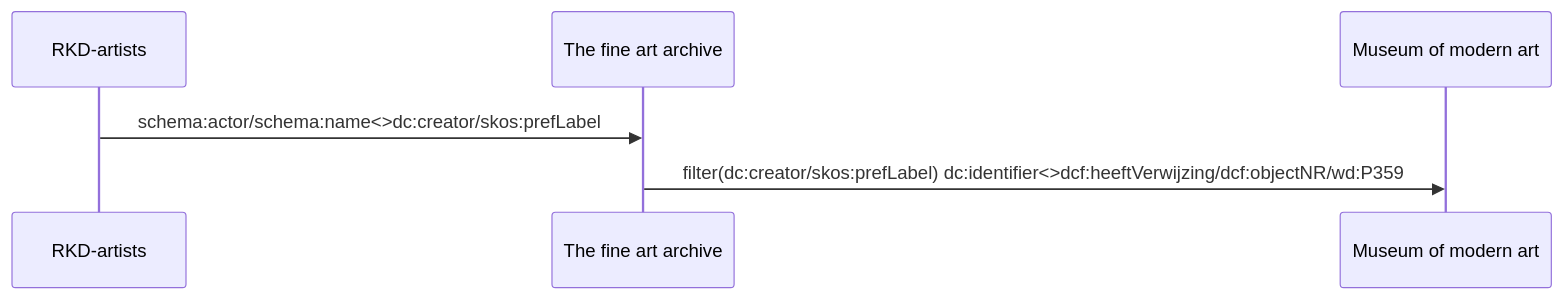
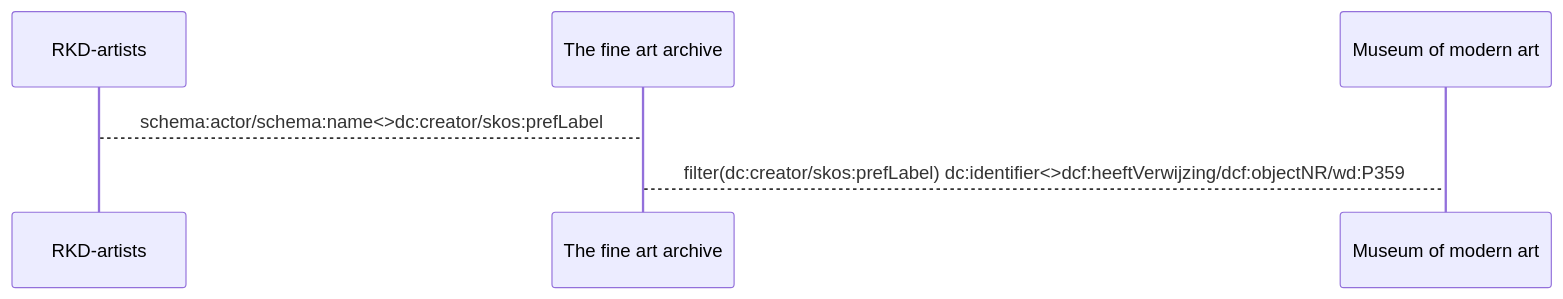
Before and after one commit to cultureelerfgoed/geheugen_van_nederland: the first of 3 diagrams in schema_Rietveld.md, drawn with Mermaid. The commit also changed other lines of this file, not shown here.

First line of the commit message:
Update schema_Rietveld.md

````diff
--- a/schema_Rietveld.md
+++ b/schema_Rietveld.md
@@ -1,9 +3,9 @@
 ```mermaid
 sequenceDiagram
     participant RKD-artists
     participant The fine art archive
     participant Museum of modern art
-    RKD-artists->>The fine art archive: schema:actor/schema:name<>dc:creator/skos:prefLabel
-    The fine art archive->>Museum of modern art: filter(dc:creator/skos:prefLabel) dc:identifier<>dcf:heeftVerwijzing/dcf:objectNR/wd:P359
+    RKD-artists-->The fine art archive: schema:actor/schema:name<>dc:creator/skos:prefLabel
+    The fine art archive-->Museum of modern art: filter(dc:creator/skos:prefLabel) dc:identifier<>dcf:heeftVerwijzing/dcf:objectNR/wd:P359
    
 ```
````
